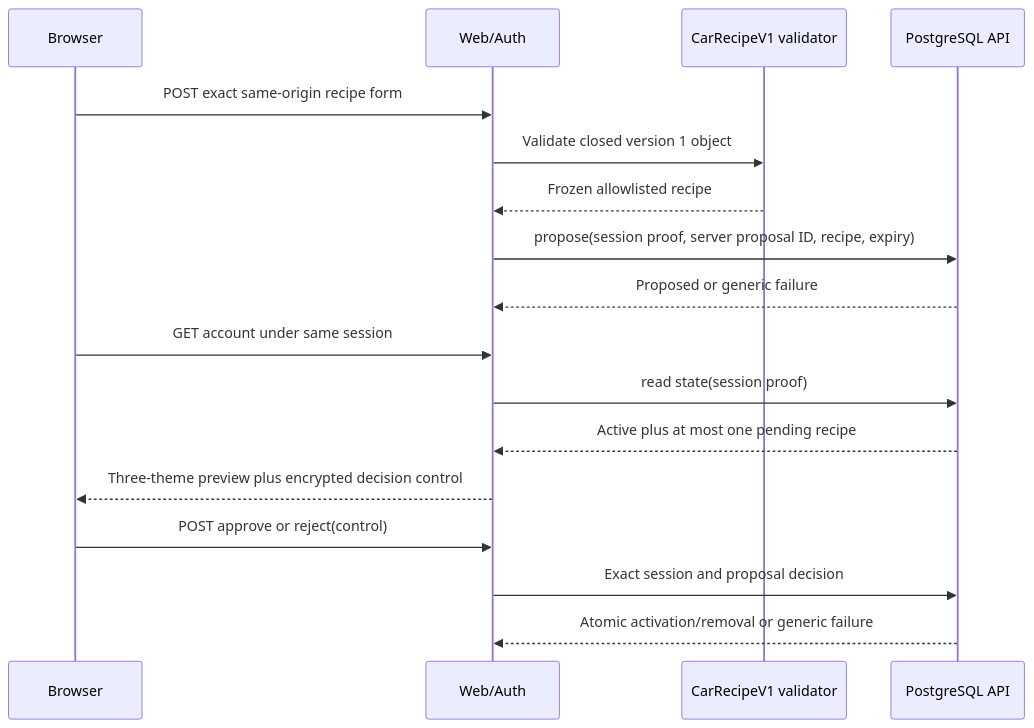
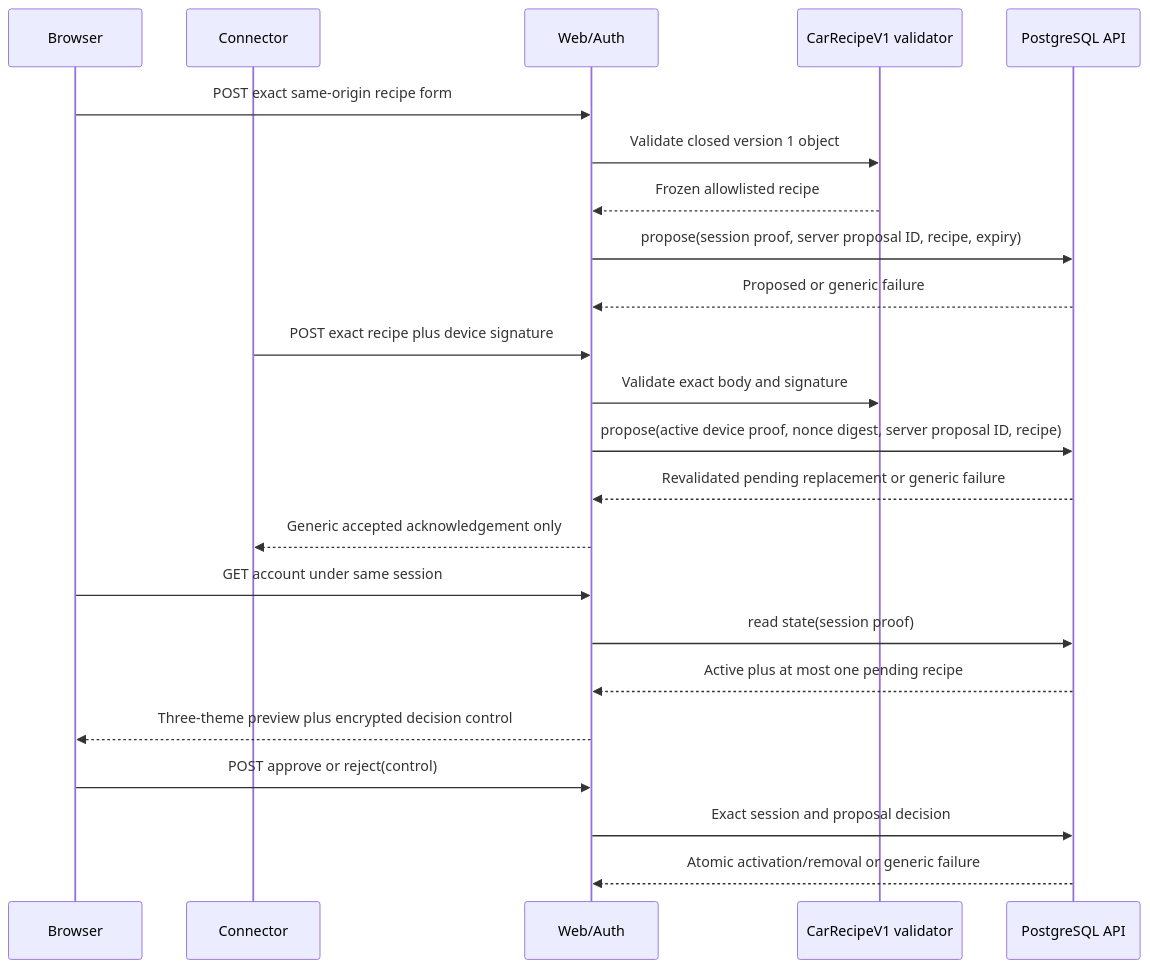
One commit to Tah10n/viberacing changed the seventh of 10 diagrams in docs/architecture/DATA_FLOW.md. Above: the diagram before and after it, drawn with Mermaid. The commit also changed other lines of this file and 65 other files, not shown here.

Commit message:
feat: add connector car proposal ingress

````diff
--- a/docs/architecture/DATA_FLOW.md
+++ b/docs/architecture/DATA_FLOW.md
@@ -542,20 +546,26 @@
 ```mermaid
 sequenceDiagram
   participant Browser
+  participant Connector
   participant Web as Web/Auth
   participant Validator as CarRecipeV1 validator
   participant DB as PostgreSQL API
 
   Browser->>Web: POST exact same-origin recipe form
   Web->>Validator: Validate closed version 1 object
   Validator-->>Web: Frozen allowlisted recipe
   Web->>DB: propose(session proof, server proposal ID, recipe, expiry)
   DB-->>Web: Proposed or generic failure
+  Connector->>Web: POST exact recipe plus device signature
+  Web->>Validator: Validate exact body and signature
+  Web->>DB: propose(active device proof, nonce digest, server proposal ID, recipe)
+  DB-->>Web: Revalidated pending replacement or generic failure
+  Web-->>Connector: Generic accepted acknowledgement only
   Browser->>Web: GET account under same session
   Web->>DB: read state(session proof)
   DB-->>Web: Active plus at most one pending recipe
   Web-->>Browser: Three-theme preview plus encrypted decision control
   Browser->>Web: POST approve or reject(control)
   Web->>DB: Exact session and proposal decision
   DB-->>Web: Atomic activation/removal or generic failure
 ```
````
